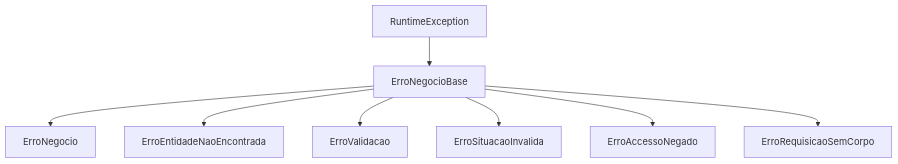
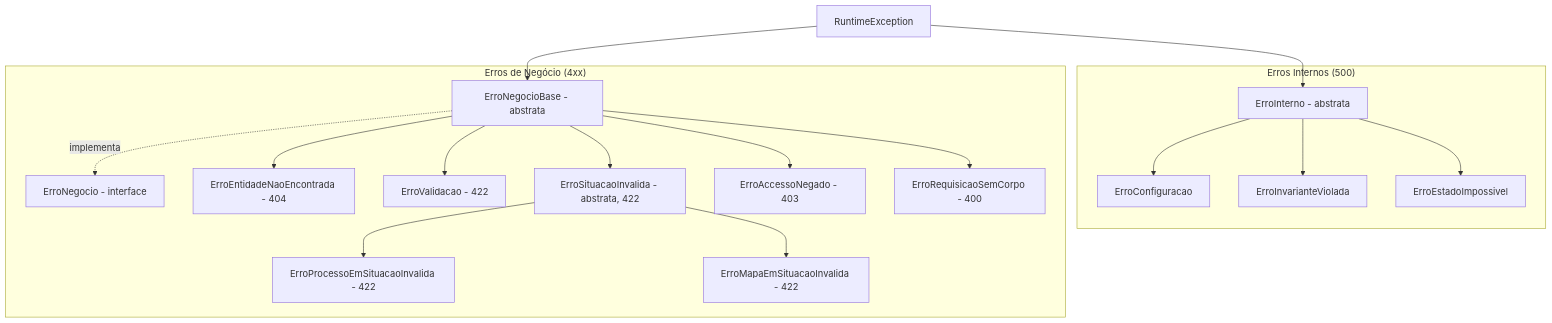
The sixth of 7 diagrams in regras/backend-padroes.md (lgalvao/sgc), drawn with Mermaid before and after one commit. The commit also changed other lines of this file, not shown here.

````diff
--- a/regras/backend-padroes.md
+++ b/regras/backend-padroes.md
@@ -495,19 +497,38 @@
 ```mermaid
 graph TD
     RE[RuntimeException]
-    ENB[ErroNegocioBase]
-    EN[ErroNegocio]
-    EE[ErroEntidadeNaoEncontrada]
-    EV[ErroValidacao]
-    ESI[ErroSituacaoInvalida]
-    EAN[ErroAccessoNegado]
-    ERS[ErroRequisicaoSemCorpo]
+    
+    subgraph "Erros Internos (500)"
+        EI[ErroInterno - abstrata]
+        EC[ErroConfiguracao]
+        EIV[ErroInvarianteViolada]
+        EEI[ErroEstadoImpossivel]
+    end
+    
+    subgraph "Erros de Negócio (4xx)"
+        ENB[ErroNegocioBase - abstrata]
+        EN[ErroNegocio - interface]
+        EE[ErroEntidadeNaoEncontrada - 404]
+        EV[ErroValidacao - 422]
+        ESI[ErroSituacaoInvalida - abstrata, 422]
+        EPSI[ErroProcessoEmSituacaoInvalida - 422]
+        EMSI[ErroMapaEmSituacaoInvalida - 422]
+        EAN[ErroAccessoNegado - 403]
+        ERS[ErroRequisicaoSemCorpo - 400]
+    end
+    
+    RE --> EI
+    EI --> EC
+    EI --> EIV
+    EI --> EEI
     
     RE --> ENB
-    ENB --> EN
+    ENB -.implementa.-> EN
     ENB --> EE
     ENB --> EV
     ENB --> ESI
     ENB --> EAN
     ENB --> ERS
+    ESI --> EPSI
+    ESI --> EMSI
 ```
````
